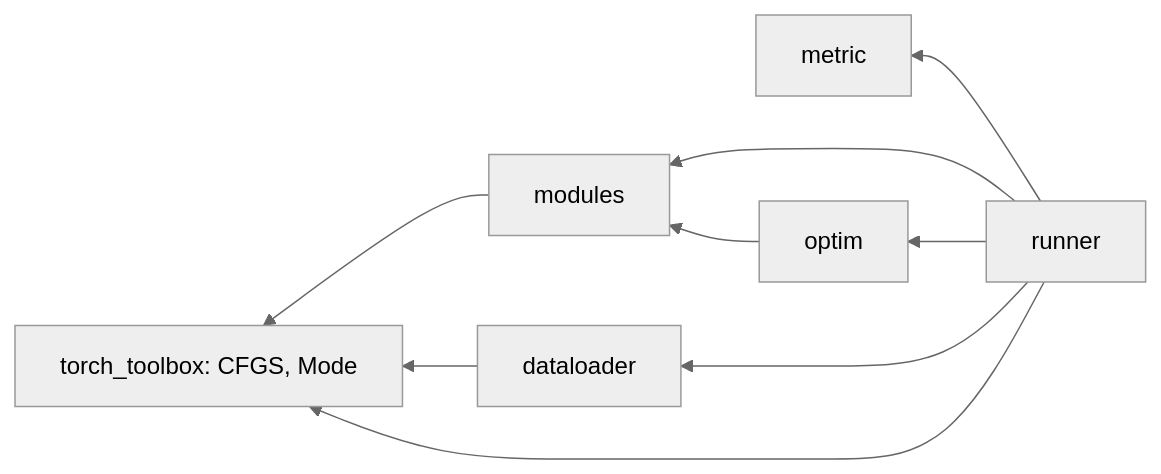
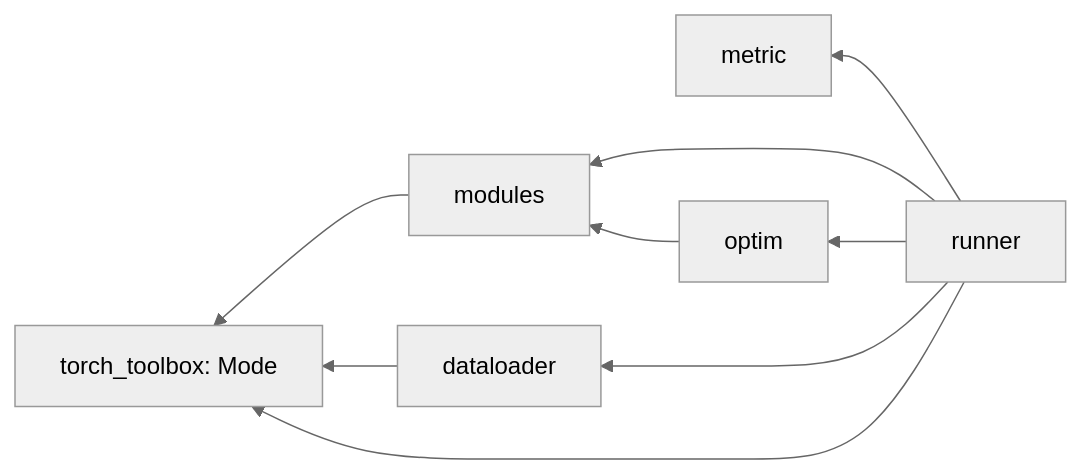
The diagram in torch_toolbox/README.md (DXR-keonghun6612/ToolBox), drawn with Mermaid (neutral theme) before and after one commit. The commit also changed other lines of this file and 42 other files, not shown here.

First line of the commit message:
refactor: torch_toolbox - python_toolbox 의 새 launcher 와 설정 공간에 맞춤

````diff
--- a/torch_toolbox/README.md
+++ b/torch_toolbox/README.md
@@ -7,11 +7,11 @@
 ```mermaid
 graph RL
     runner --> modules
     runner --> dataloader
     runner --> metric
     runner --> optim
     optim --> modules
-    modules --> core[torch_toolbox: CFGS, Mode]
+    modules --> core[torch_toolbox: Mode]
     dataloader --> core
     runner --> core
 ```
````
